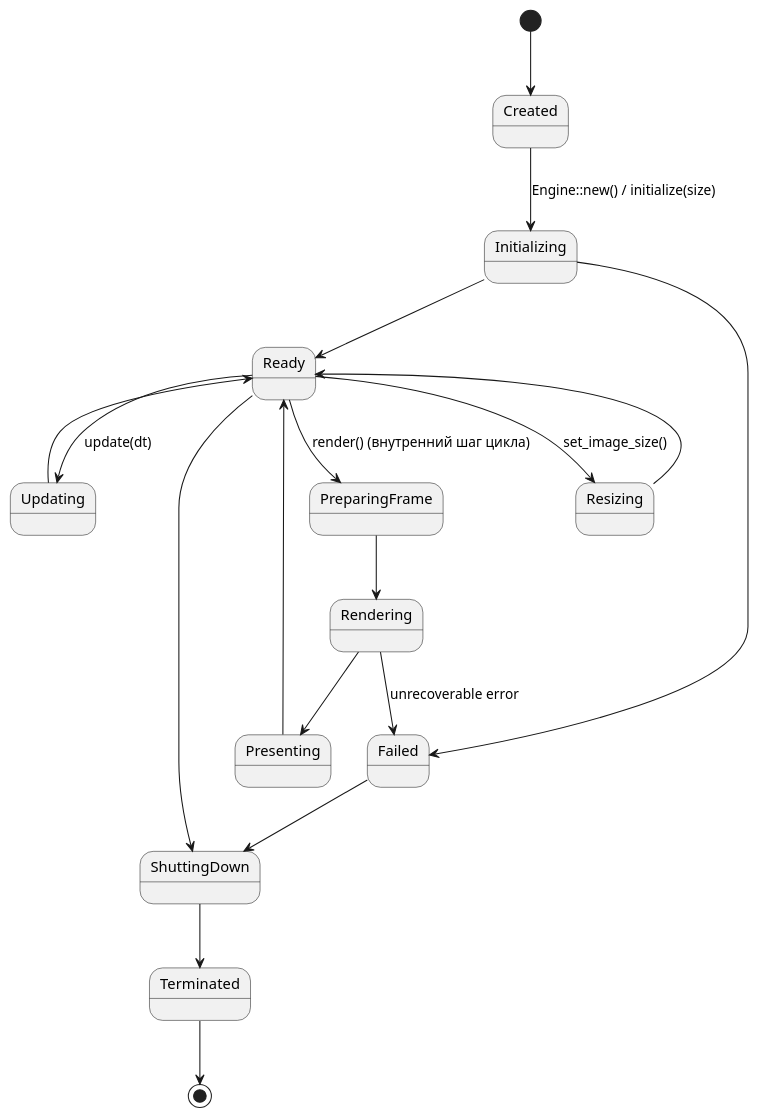
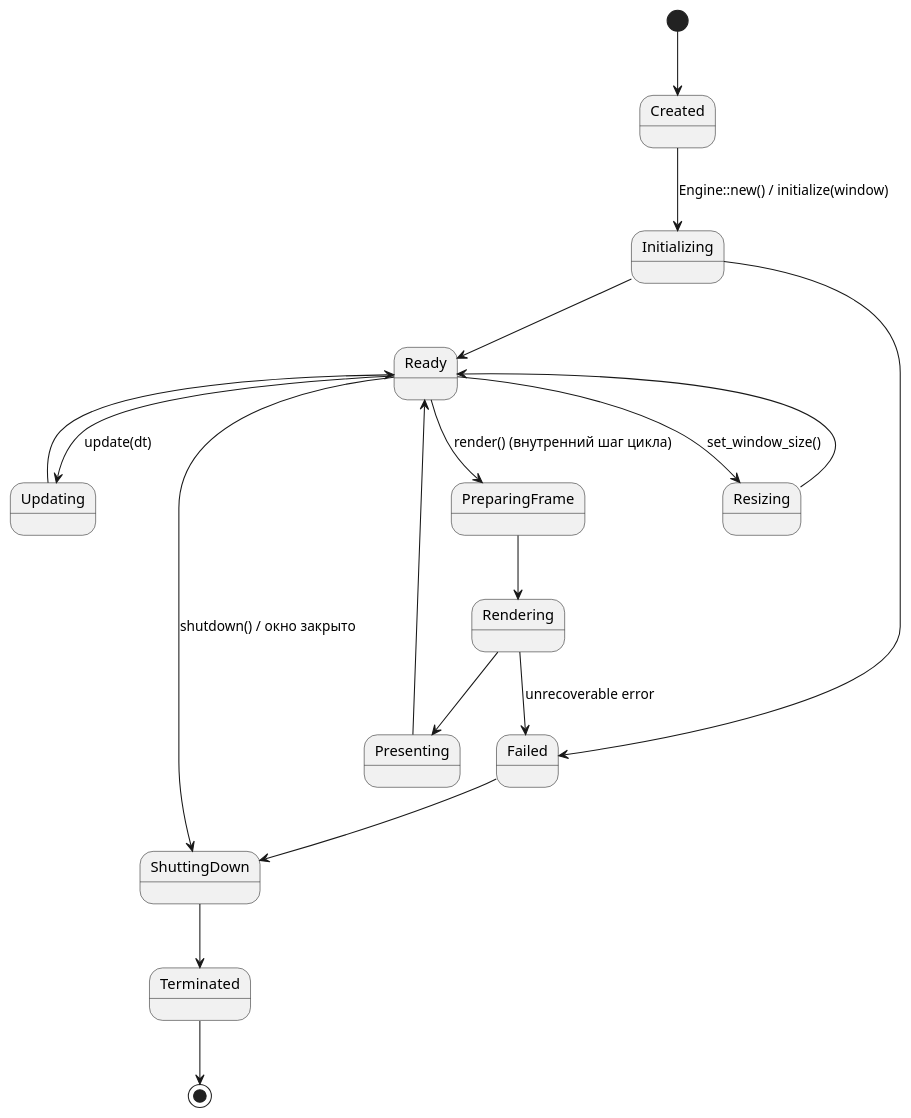
Before and after one commit to BFGEG/BFGE: the third of 5 diagrams in docs/FREAK_Engine_Architecture.md, drawn with PlantUML. The commit also changed other lines of this file and 4 other files, not shown here.

````diff
--- a/docs/FREAK_Engine_Architecture.md
+++ b/docs/FREAK_Engine_Architecture.md
@@ -1220,33 +1245,33 @@
 ```plantuml
 @startuml
 
 [*] --> Created
 
-Created --> Initializing : Engine::new() / initialize(size)
+Created --> Initializing : Engine::new() / initialize(window)
 
 Initializing --> Ready
 Initializing --> Failed
 
 Ready --> Updating : update(dt)
 Updating --> Ready
 
 Ready --> PreparingFrame : render() (внутренний шаг цикла)
 
 PreparingFrame --> Rendering
 Rendering --> Presenting
 Presenting --> Ready
 
-Ready --> Resizing : set_image_size()
+Ready --> Resizing : set_window_size()
 Resizing --> Ready
 
 Rendering --> Failed : unrecoverable error
 
-Ready --> ShuttingDown
+Ready --> ShuttingDown : shutdown() / окно закрыто
 Failed --> ShuttingDown
 
 ShuttingDown --> Terminated
 
 Terminated --> [*]
 
 @enduml
 ```
````
